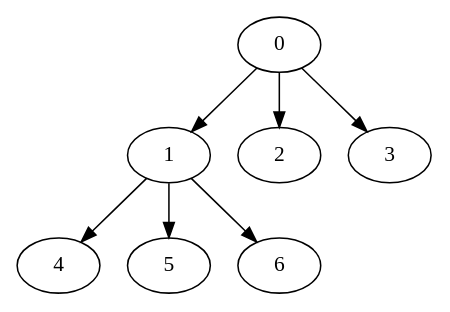
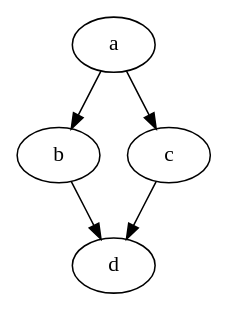
Before and after one commit to nateeo/parallel-task-scheduler: the diagram in INPUT-output.dot, drawn with Graphviz. The commit also changed 5 other files, not shown here.

```diff
--- a/INPUT-output.dot
+++ b/INPUT-output.dot
@@ -1,15 +1,10 @@
-digraph "outputOutTree-Balanced-MaxBf-3_Nodes_7_CCR_2.0_WeightType_Random" {
-	0				[ Weight =5,Start =0,Processor =1];
-	1				[ Weight =6,Start =5,Processor =1];
-	0 -> 1	 [Weight=15];
-	2				[ Weight =5,Start =16,Processor =2];
-	0 -> 2	 [Weight=11];
-	3				[ Weight =6,Start =16,Processor =3];
-	0 -> 3	 [Weight=11];
-	4				[ Weight =4,Start =11,Processor =1];
-	1 -> 4	 [Weight=19];
-	5				[ Weight =7,Start =15,Processor =4];
-	1 -> 5	 [Weight=4];
-	6				[ Weight =7,Start =15,Processor =1];
-	1 -> 6	 [Weight=21];
+digraph "outputExample" {
+	a				[ Weight =2,Start =0,Processor =1];
+	b				[ Weight =3,Start =3,Processor =2];
+    a -> b          [ Weight =1];
+	c				[ Weight =3,Start =2,Processor =1];
+    a -> c          [ Weight =2];
+	d				[ Weight =2,Start =6,Processor =2];
+    b -> d          [ Weight =2];
+    c -> d          [ Weight =1];
 }
```
